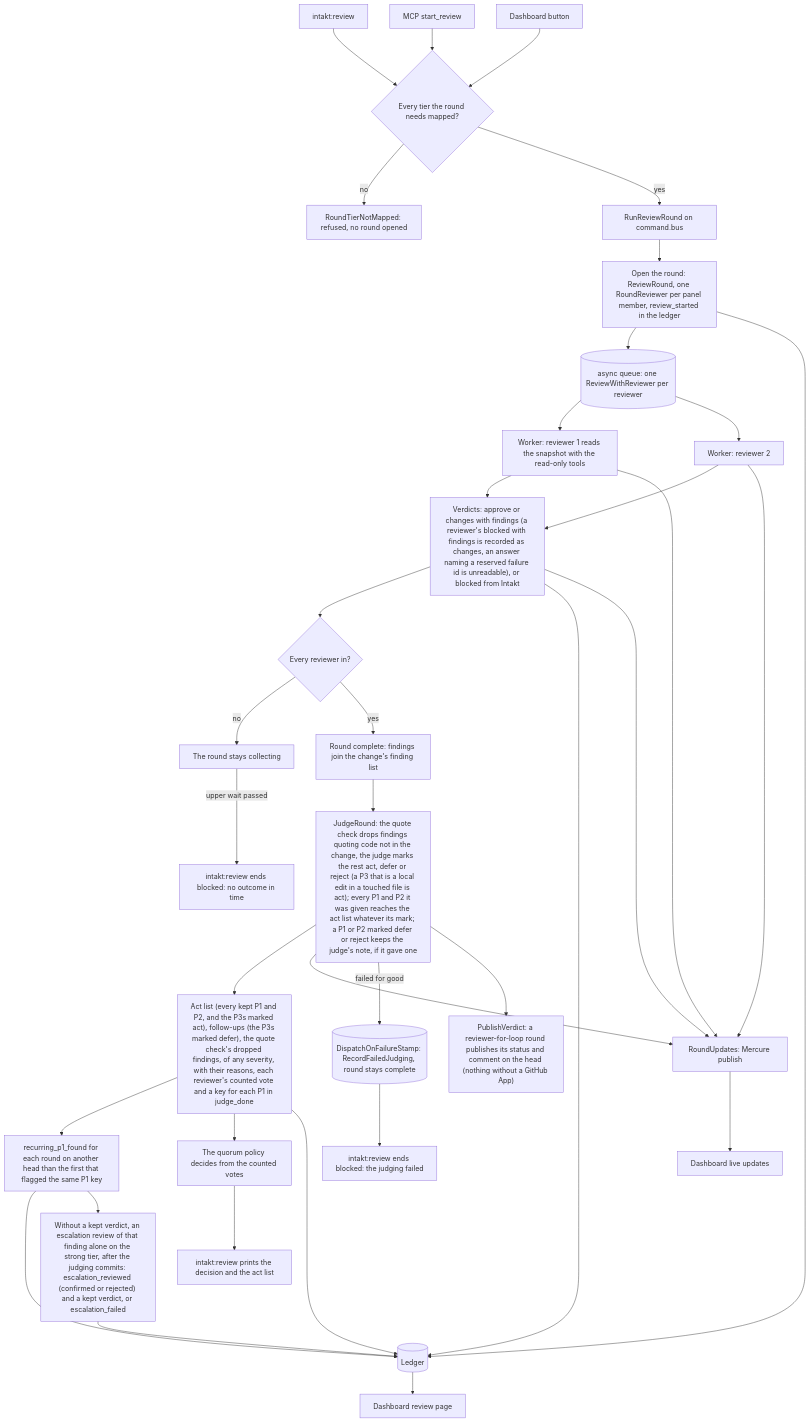
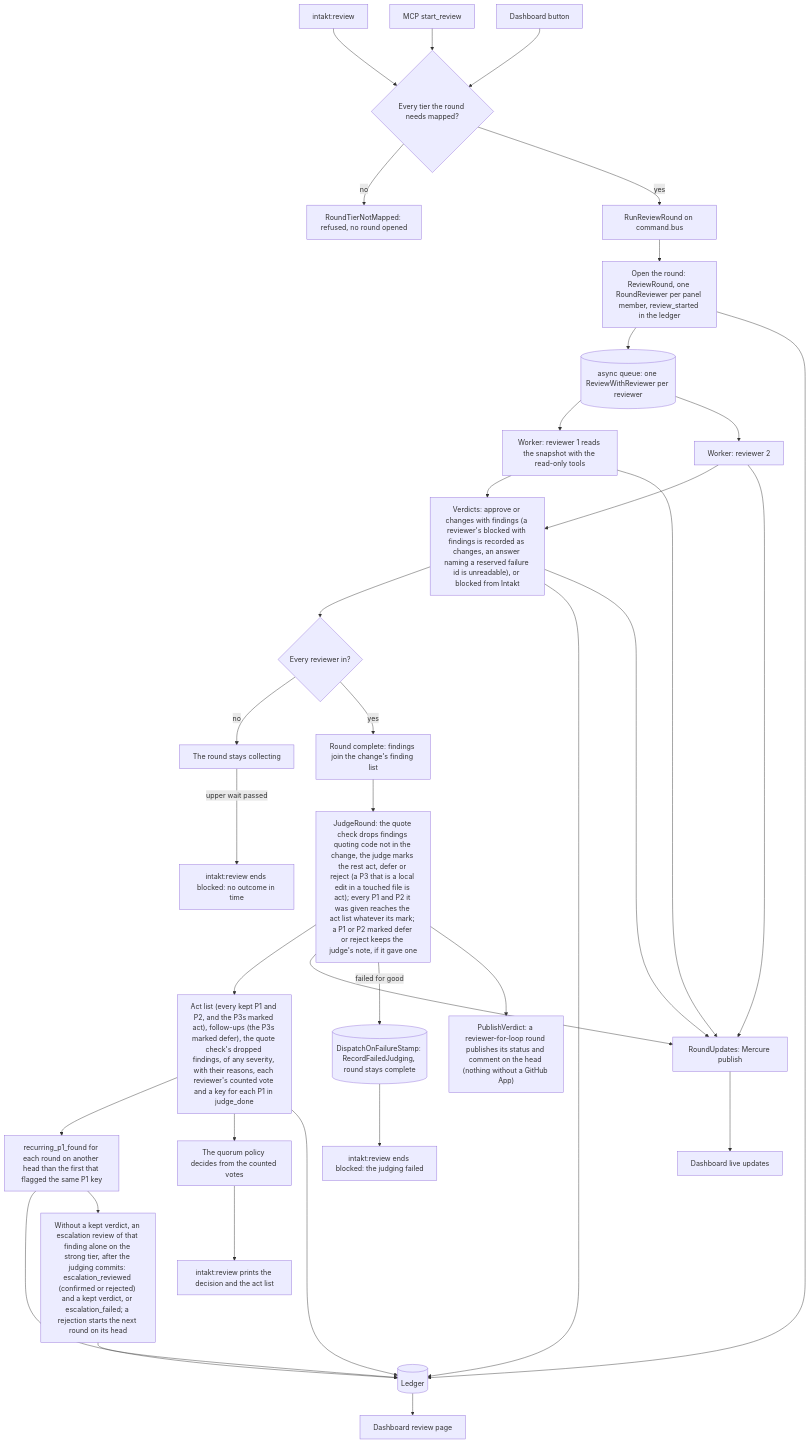
The diagram in docs/architecture/review-flow.md (shinyredapples/intakt), drawn with Mermaid before and after one commit. The commit also changed other lines of this file and 4 other files, not shown here.

Commit message:
docs(review): describe the pending escalation, the key lock and the re-review after a rejection

````diff
--- a/docs/architecture/review-flow.md
+++ b/docs/architecture/review-flow.md
@@ -5,37 +5,37 @@
 ```mermaid
 flowchart TD
     cli["intakt:review"] --> start
     mcp["MCP start_review"] --> start
     btn["Dashboard button"] --> start
     start{"Every tier the round needs mapped?"} -->|no| refused["RoundTierNotMapped: refused, no round opened"]
     start -->|yes| run["RunReviewRound on command.bus"] --> open["Open the round: ReviewRound, one RoundReviewer per panel member, review_started in the ledger"]
     open --> queue[("async queue: one ReviewWithReviewer per reviewer")]
     queue --> w1["Worker: reviewer 1 reads the snapshot with the read-only tools"]
     queue --> w2["Worker: reviewer 2"]
     w1 --> verdicts["Verdicts: approve or changes with findings (a reviewer's blocked with findings is recorded as changes, an answer naming a reserved failure id is unreadable), or blocked from Intakt"]
     w2 --> verdicts
     verdicts --> complete{"Every reviewer in?"}
     complete -->|no| wait["The round stays collecting"]
     complete -->|yes| collected["Round complete: findings join the change's finding list"]
     collected --> judge["JudgeRound: the quote check drops findings quoting code not in the change, the judge marks the rest act, defer or reject (a P3 that is a local edit in a touched file is act); every P1 and P2 it was given reaches the act list whatever its mark; a P1 or P2 marked defer or reject keeps the judge's note, if it gave one"]
     judge --> act["Act list (every kept P1 and P2, and the P3s marked act), follow-ups (the P3s marked defer), the quote check's dropped findings, of any severity, with their reasons, each reviewer's counted vote and a key for each P1 in judge_done"]
     act --> recurring["recurring_p1_found for each round on another head than the first that flagged the same P1 key"]
     recurring --> ledger
-    recurring --> escalation["Without a kept verdict, an escalation review of that finding alone on the strong tier, after the judging commits: escalation_reviewed (confirmed or rejected) and a kept verdict, or escalation_failed"]
+    recurring --> escalation["Without a kept verdict, an escalation review of that finding alone on the strong tier, after the judging commits: escalation_reviewed (confirmed or rejected) and a kept verdict, or escalation_failed; a rejection starts the next round on its head"]
     escalation --> ledger
     act --> quorum["The quorum policy decides from the counted votes"]
     act --> ledger[("Ledger")]
     open --> ledger
     verdicts --> ledger
     ledger --> dash["Dashboard review page"]
     w1 --> updates["RoundUpdates: Mercure publish"]
     w2 --> updates
     verdicts --> updates
     judge --> updates
     updates --> live["Dashboard live updates"]
     quorum --> out["intakt:review prints the decision and the act list"]
     judge -->|failed for good| failed[("DispatchOnFailureStamp: RecordFailedJudging, round stays complete")]
     failed --> outFailed["intakt:review ends blocked: the judging failed"]
     wait -->|upper wait passed| outLate["intakt:review ends blocked: no outcome in time"]
     judge --> publish["PublishVerdict: a reviewer-for-loop round publishes its status and comment on the head (nothing without a GitHub App)"]
 ```
````
